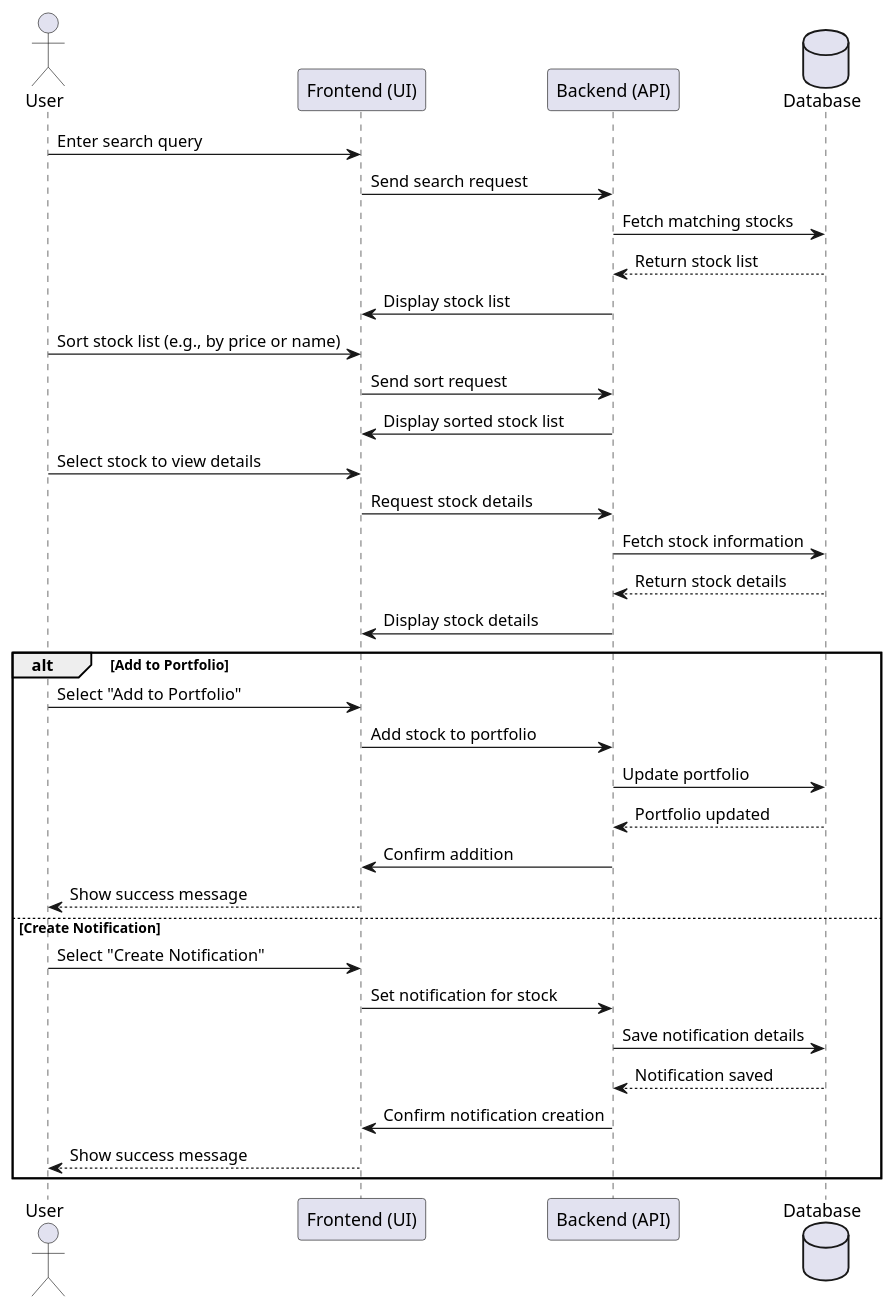
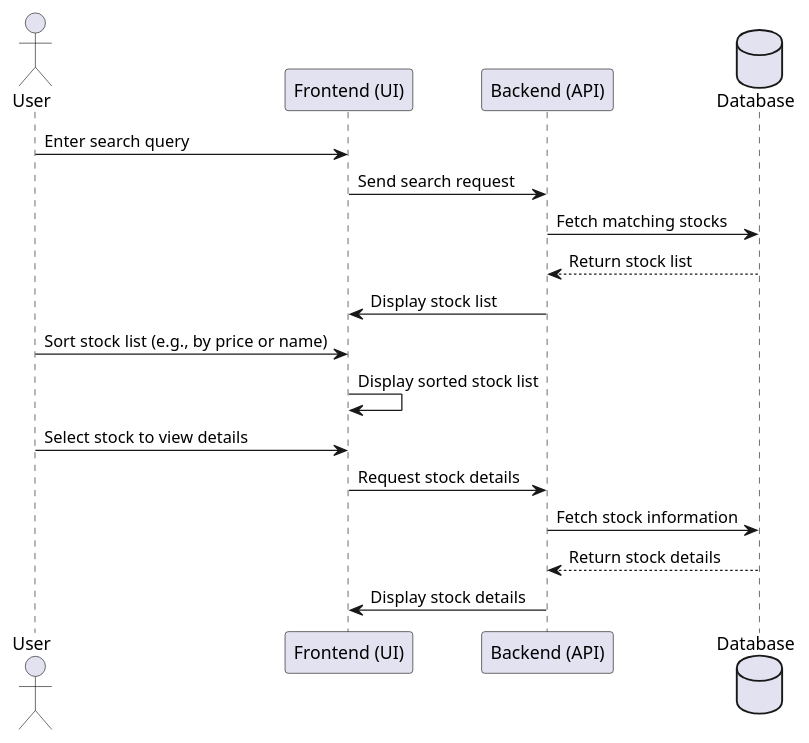
Before and after one commit to roei910/my-stocks: the diagram in oop course/draws/sequence diagrams/stockSearch.puml, drawn with PlantUML. The commit also changed 10 other files, not shown here.

```diff
--- a/oop course/draws/sequence diagrams/stockSearch.puml
+++ b/oop course/draws/sequence diagrams/stockSearch.puml
@@ -1,35 +1,19 @@
 @startuml
 actor User
 participant "Frontend (UI)" as UI
 participant "Backend (API)" as API
 database Database
 
 User -> UI: Enter search query
 UI -> API: Send search request
 API -> Database: Fetch matching stocks
 Database --> API: Return stock list
 API -> UI: Display stock list
 User -> UI: Sort stock list (e.g., by price or name)
-UI -> API: Send sort request
-API -> UI: Display sorted stock list
+UI -> UI: Display sorted stock list
 User -> UI: Select stock to view details
 UI -> API: Request stock details
 API -> Database: Fetch stock information
 Database --> API: Return stock details
 API -> UI: Display stock details
-alt Add to Portfolio
-    User -> UI: Select "Add to Portfolio"
-    UI -> API: Add stock to portfolio
-    API -> Database: Update portfolio
-    Database --> API: Portfolio updated
-    API -> UI: Confirm addition
-    UI --> User: Show success message
-else Create Notification
-    User -> UI: Select "Create Notification"
-    UI -> API: Set notification for stock
-    API -> Database: Save notification details
-    Database --> API: Notification saved
-    API -> UI: Confirm notification creation
-    UI --> User: Show success message
-end
 @enduml
```
